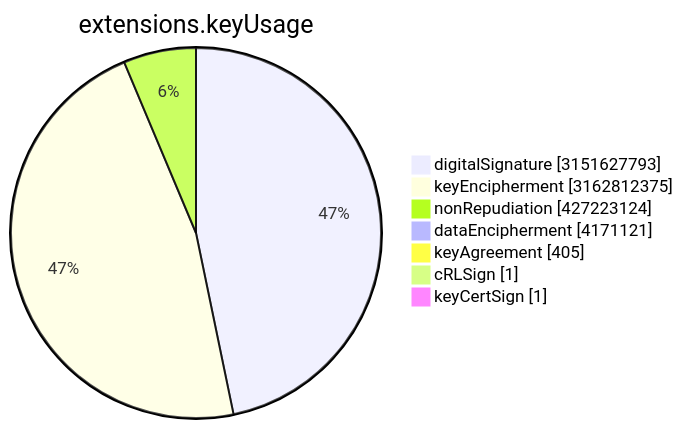
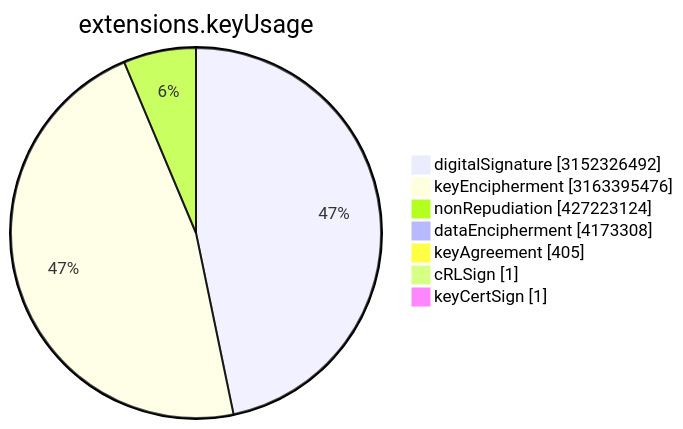
The sixth of 15 diagrams in TOTAL/README.md (christiankrug/ctmonitor_visualization), drawn with Mermaid before and after one commit. The commit also changed other lines of this file, not shown here.

````diff
--- a/TOTAL/README.md
+++ b/TOTAL/README.md
@@ -3077,11 +3077,11 @@
 ```mermaid
 pie showData
 title extensions.keyUsage
-"digitalSignature" :3151627793
-"keyEncipherment" :3162812375
+"digitalSignature" :3152326492
+"keyEncipherment" :3163395476
 "nonRepudiation" :427223124
-"dataEncipherment" :4171121
+"dataEncipherment" :4173308
 "keyAgreement" :405
 "cRLSign" :1
 "keyCertSign" :1
 ```
````
